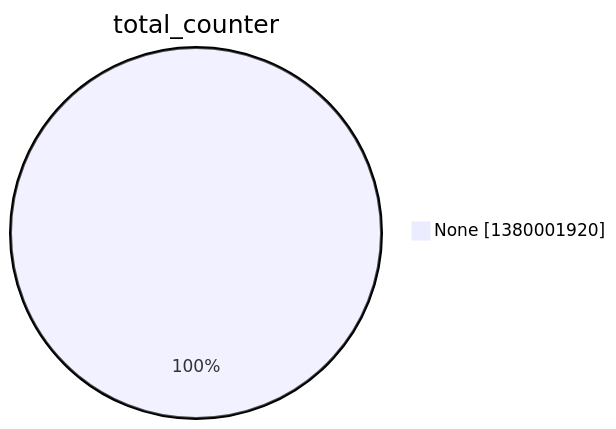
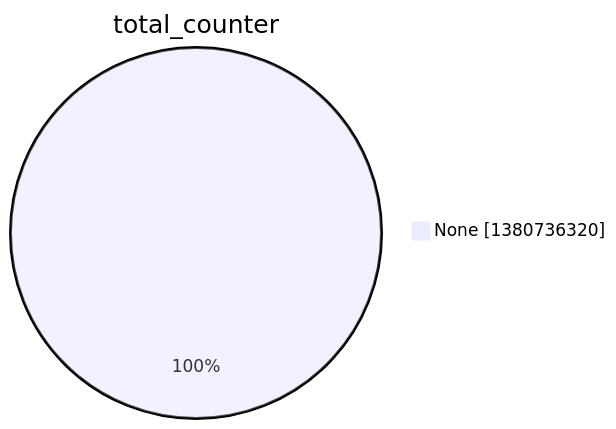
The second of 15 diagrams in argon2022/README.md (christiankrug/ctmonitor_visualization), drawn with Mermaid before and after one commit. The commit also changed other lines of this file, not shown here.

````diff
--- a/argon2022/README.md
+++ b/argon2022/README.md
@@ -9,5 +9,5 @@
 ```mermaid
 pie showData
 title total_counter
-"None" :1380001920
+"None" :1380736320
 ```
````
